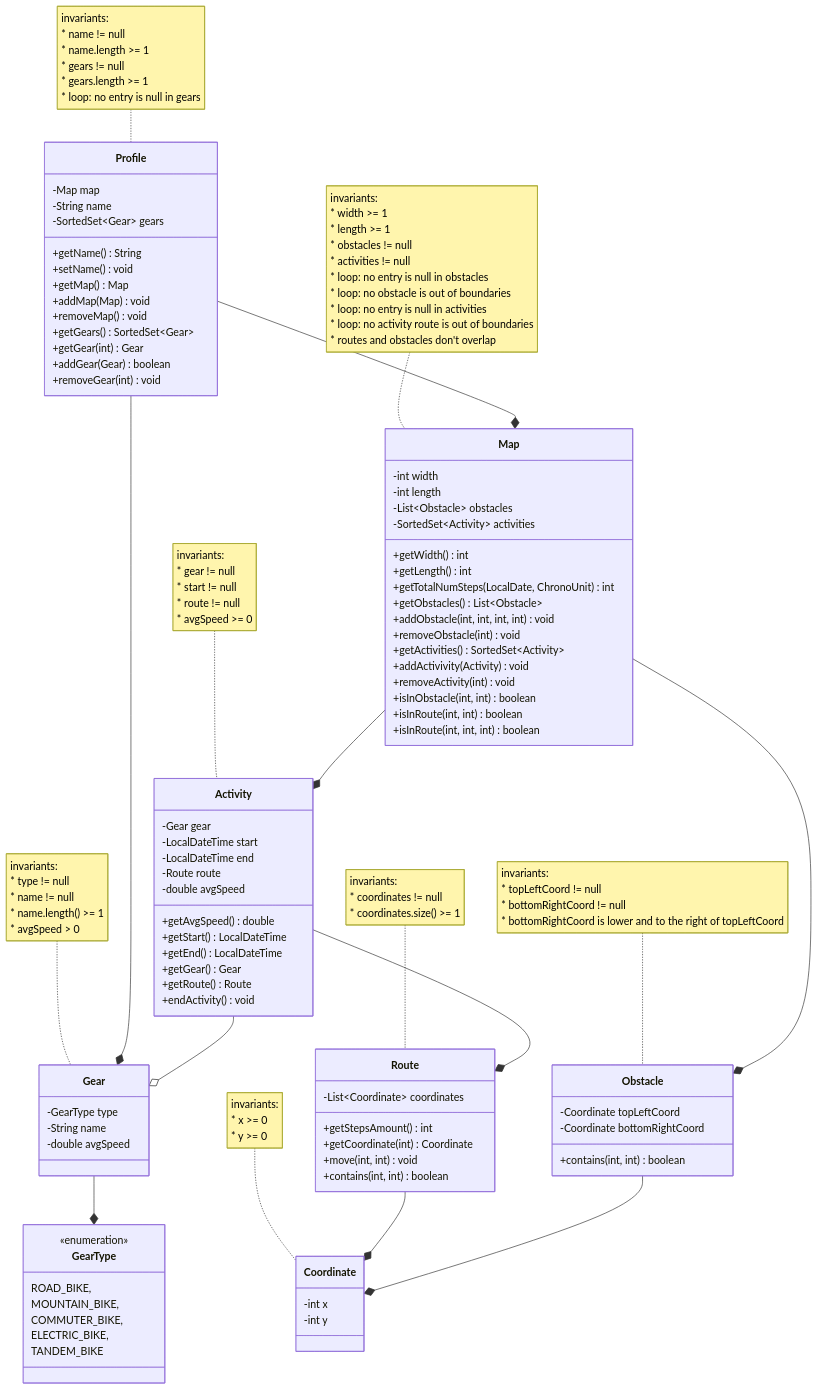
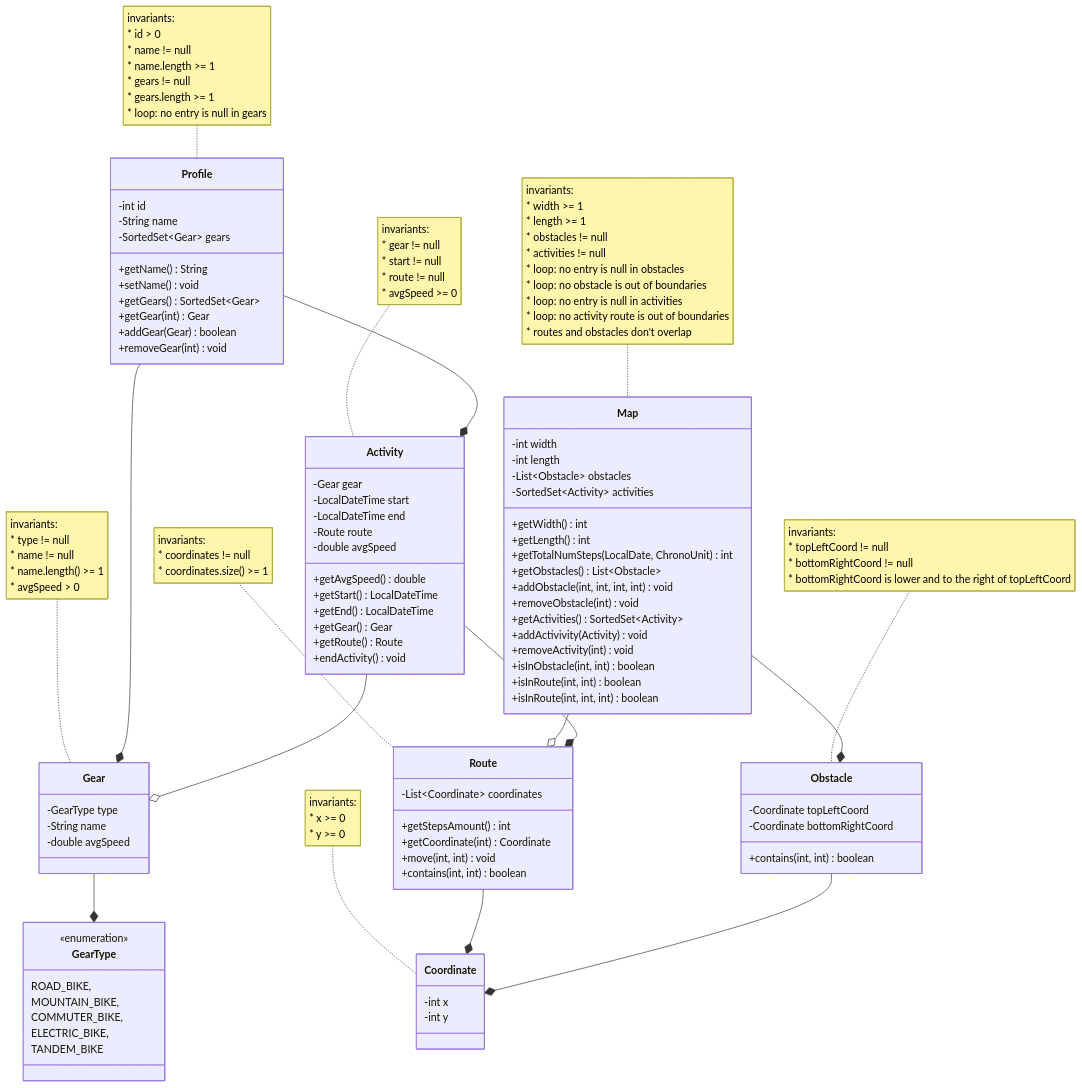
The third of 3 diagrams in README.md (NarekVeranyan05/exercise_tracker), drawn with Mermaid before and after one commit. The commit also changed 3 other files, not shown here.

````diff
--- a/README.md
+++ b/README.md
@@ -136,15 +136,12 @@
 ```mermaid 
 classDiagram
     class Profile {
-        -Map map
+        -int id
         -String name
         -SortedSet~Gear~ gears
         
         +getName() String
         +setName() void
-        +getMap() Map
-        +addMap(Map) void
-        +removeMap() void
         +getGears() SortedSet~Gear~
         +getGear(int) Gear
         +addGear(Gear) boolean
@@ -152,6 +149,7 @@
     }
     
     note for Profile"invariants:
+        * id > 0
         * name != null
         * name.length >= 1
         * gears != null
@@ -159,7 +157,7 @@
         * loop: no entry is null in gears"
     
     Profile --* Gear
-    Profile --* Map
+    Profile --* Activity
     
     class Gear {
         -GearType type
@@ -216,7 +214,7 @@
         * routes and obstacles don't overlap"
     
     Map --* Obstacle
-    Map --* Activity
+    Map --o Route
     
     class Activity{
         -Gear gear
````
